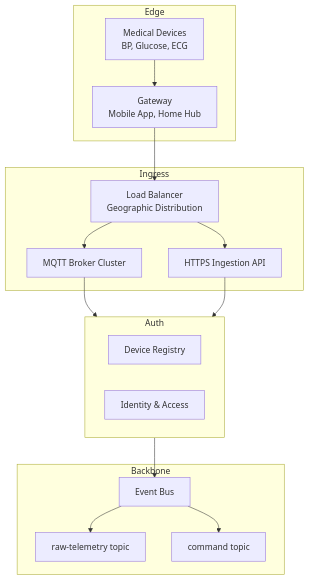
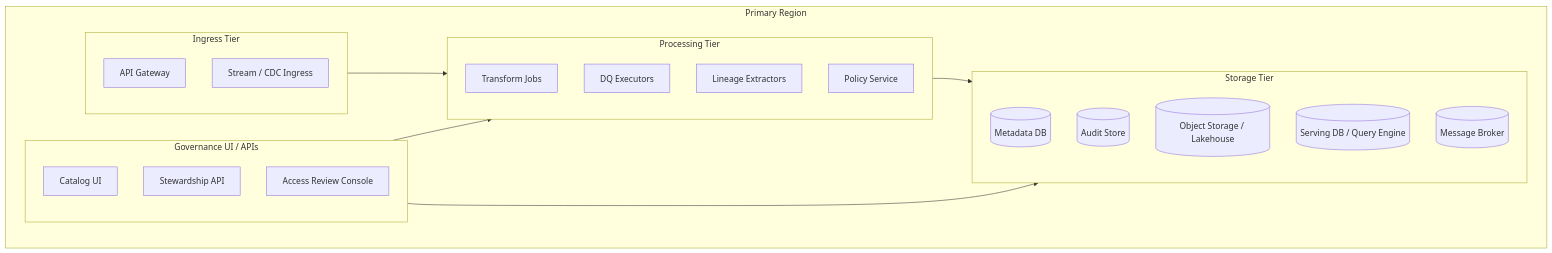
Before and after one commit to vitconhamchoi/Data-governance: the sixth of 7 diagrams in README.md, drawn with Mermaid. The commit also changed other lines of this file, not shown here.

First line of the commit message:
Rewrite README as standalone governance overview

````diff
--- a/README.md
+++ b/README.md
@@ -440,31 +348,35 @@
 ```mermaid
 flowchart TB
-    subgraph Edge
-        DEV[Medical Devices<br/>BP, Glucose, ECG]
-        GW[Gateway<br/>Mobile App, Home Hub]
+  subgraph Region[Primary Region]
+    subgraph Edge[Ingress Tier]
+      E1[API Gateway]
+      E2[Stream / CDC Ingress]
     end
 
-    subgraph Ingress
-        LB[Load Balancer<br/>Geographic Distribution]
-        MQTT[MQTT Broker Cluster]
-        HTTPS[HTTPS Ingestion API]
+    subgraph Compute[Processing Tier]
+      C1[Transform Jobs]
+      C2[DQ Executors]
+      C3[Lineage Extractors]
+      C4[Policy Service]
     end
 
-    subgraph Auth
-        DVC[Device Registry]
-        IAM[Identity & Access]
+    subgraph Storage[Storage Tier]
+      S1[(Metadata DB)]
+      S2[(Audit Store)]
+      S3[(Object Storage / Lakehouse)]
+      S4[(Serving DB / Query Engine)]
+      S5[(Message Broker)]
     end
 
-    subgraph Backbone
-        EVT[Event Bus]
-        RAW[raw-telemetry topic]
-        CMD[command topic]
+    subgraph Control[Governance UI / APIs]
+      G1[Catalog UI]
+      G2[Stewardship API]
+      G3[Access Review Console]
     end
+  end
 
-    DEV --> GW
-    GW --> LB
-    LB --> MQTT & HTTPS
-    MQTT & HTTPS --> Auth
-    Auth --> EVT
-    EVT --> RAW & CMD
+  Edge --> Compute
+  Compute --> Storage
+  Control --> Storage
+  Control --> Compute
 ```
````
